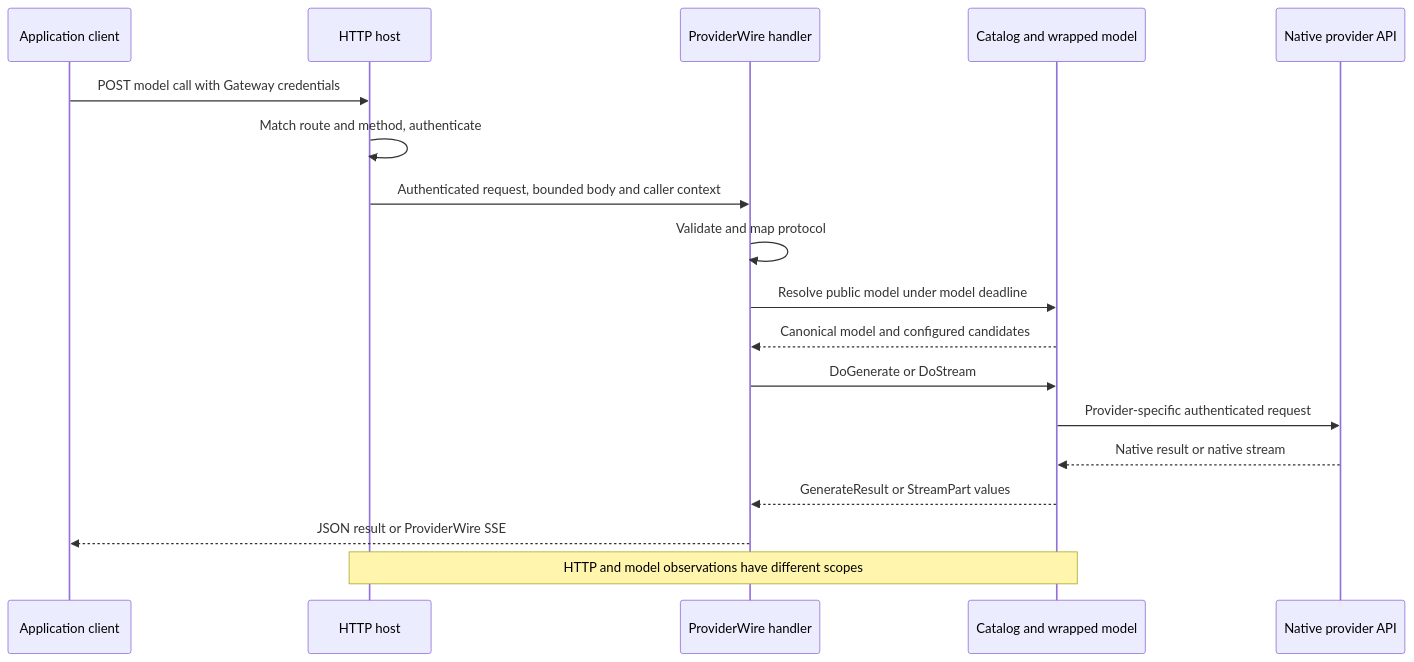
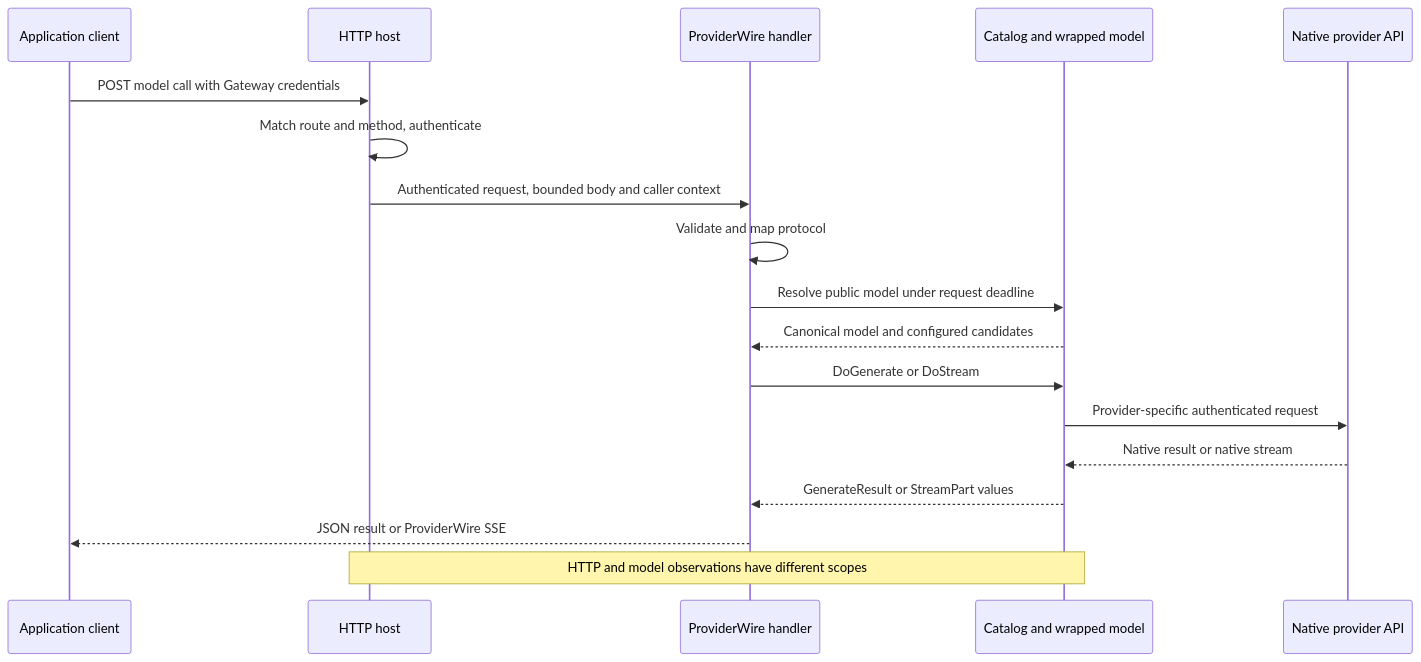
One commit to grafana/ai-sdk changed the second of 3 diagrams in docs/concepts/gateway-architecture.md. Above: the diagram before and after it, drawn with Mermaid. The commit also changed other lines of this file and 26 other files, not shown here.

First line of the commit message:
refactor(ai-gateway)!: end selection and the model call at the platform request deadline

````diff
--- a/docs/concepts/gateway-architecture.md
+++ b/docs/concepts/gateway-architecture.md
@@ -93,20 +93,20 @@
 ```mermaid
 sequenceDiagram
   participant C as Application client
   participant H as HTTP host
   participant W as ProviderWire handler
   participant M as Catalog and wrapped model
   participant P as Native provider API
   C->>H: POST model call with Gateway credentials
   H->>H: Match route and method, authenticate
   H->>W: Authenticated request, bounded body and caller context
   W->>W: Validate and map protocol
-  W->>M: Resolve public model under model deadline
+  W->>M: Resolve public model under request deadline
   M-->>W: Canonical model and configured candidates
   W->>M: DoGenerate or DoStream
   M->>P: Provider-specific authenticated request
   P-->>M: Native result or native stream
   M-->>W: GenerateResult or StreamPart values
   W-->>C: JSON result or ProviderWire SSE
   Note over H,M: HTTP and model observations have different scopes
 ```
````
